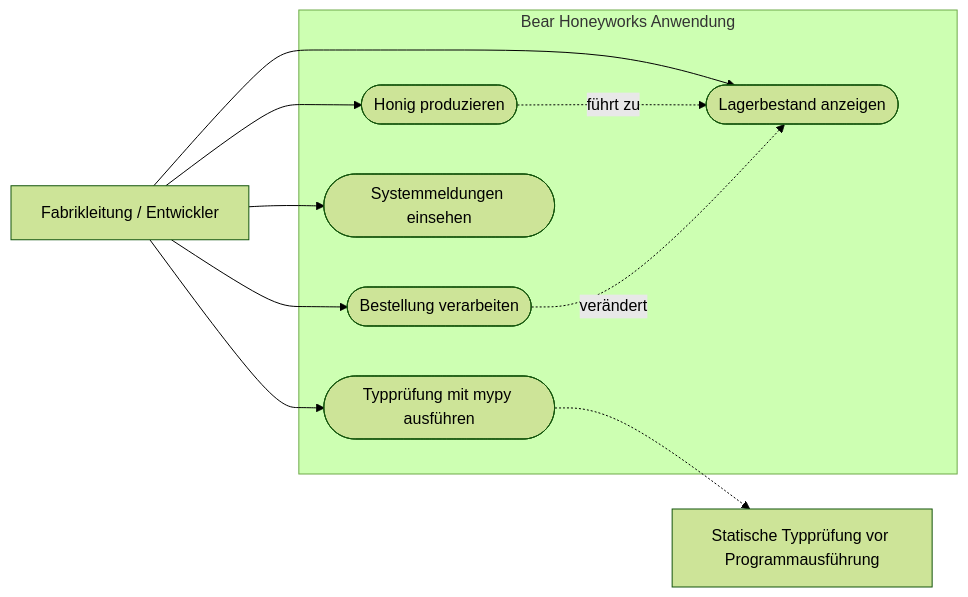
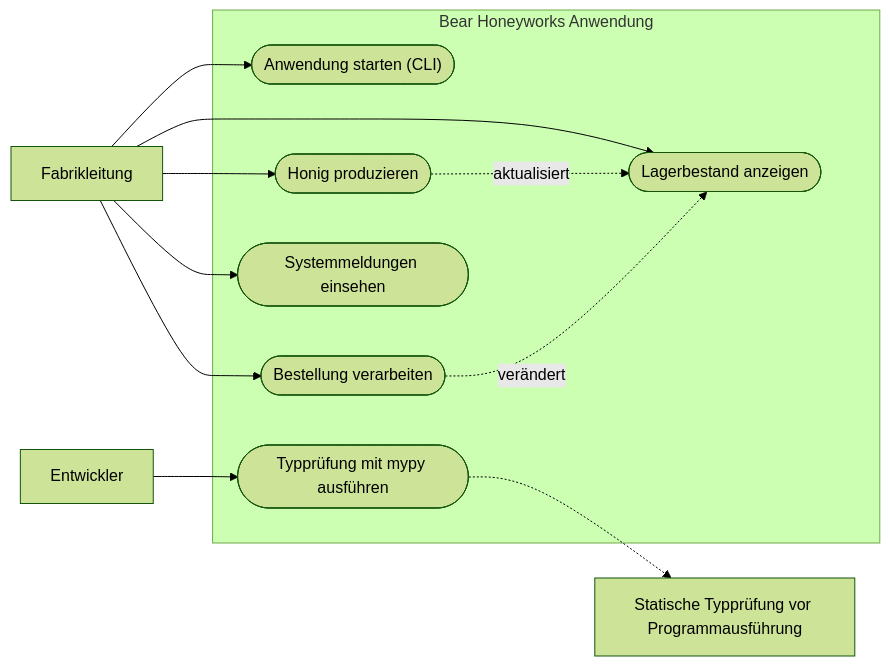
One commit to sebastianbichler/IU_2026_EF_LE_BER_VC_Python changed the first of 3 diagrams in src/student_projects/g08/docs/Konzept.md. Above: the diagram before and after it, drawn with Mermaid (forest theme). The commit also changed other lines of this file and 7 other files, not shown here.

````diff
--- a/src/student_projects/g08/docs/Konzept.md
+++ b/src/student_projects/g08/docs/Konzept.md
@@ -127,27 +127,37 @@
 ```mermaid
 flowchart LR
-    User["Fabrikleitung / Entwickler"]
+    User["Fabrikleitung"]
+    Dev["Entwickler"]
 
     subgraph APP["Bear Honeyworks Anwendung"]
+
+        %% Fachliche Use Cases
+        UC0(["Anwendung starten (CLI)"])
         UC1(["Honig produzieren"])
         UC2(["Lagerbestand anzeigen"])
         UC3(["Bestellung verarbeiten"])
         UC4(["Systemmeldungen einsehen"])
+
+        %% Technischer Use Case
         UC5(["Typprüfung mit mypy ausführen"])
+
     end
 
     %% User Interaktionen
+    User --> UC0
     User --> UC1
     User --> UC2
     User --> UC3
     User --> UC4
-    User --> UC5
 
-    %% Beziehungen (logisch, nicht zwingend)
-    UC1 -.->|führt zu| UC2
+    %% Entwickler Interaktion
+    Dev --> UC5
+
+    %% Beziehungen
+    UC1 -.->|aktualisiert| UC2
     UC3 -.->|verändert| UC2
 
-    %% Hinweis zu mypy
+    %% Hinweis
     Note["Statische Typprüfung vor Programmausführung"]
     UC5 -.-> Note
 ```
````
